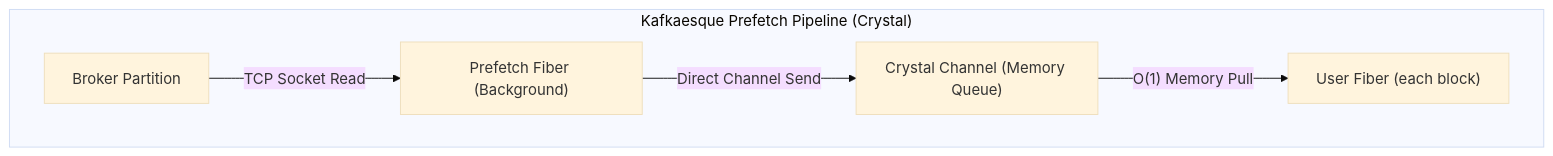
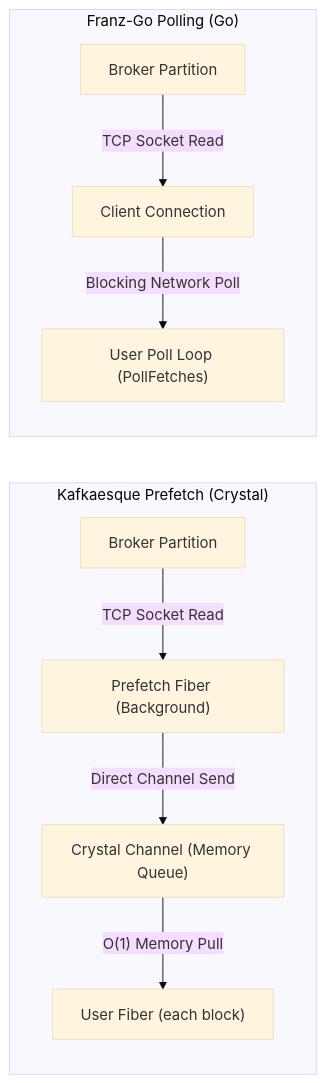
The diagram in readme.md (eltony81/kafkaesque), drawn with Mermaid (base theme) before and after one commit. The commit also changed other lines of this file, not shown here.

Commit message:
docs: align mermaid subgraphs side-by-side with vertical direction TB in readme.md

````diff
--- a/readme.md
+++ b/readme.md
@@ -880,13 +880,15 @@
 ```mermaid
-graph TD
-    subgraph "Kafkaesque Prefetch Pipeline (Crystal)"
-        K_Broker[Broker Partition]
-        K_Prefetch["Prefetch Fiber (Background)"]
-        K_Channel["Crystal Channel (Memory Queue)"]
-        K_User["User Fiber (each block)"]
-        
-        K_Broker -->|TCP Socket Read| K_Prefetch
-        K_Prefetch -->|Direct Channel Send| K_Channel
-        K_Channel -->|"O(1) Memory Pull"| K_User
+graph LR
+    subgraph "Kafkaesque Prefetch (Crystal)"
+        direction TB
+        K_Broker[Broker Partition] -->|TCP Socket Read| K_Prefetch["Prefetch Fiber (Background)"]
+        K_Prefetch -->|Direct Channel Send| K_Channel["Crystal Channel (Memory Queue)"]
+        K_Channel -->|"O(1) Memory Pull"| K_User["User Fiber (each block)"]
+    end
+
+    subgraph "Franz-Go Polling (Go)"
+        direction TB
+        G_Broker[Broker Partition] -->|TCP Socket Read| G_Client[Client Connection]
+        G_Client -->|Blocking Network Poll| G_User["User Poll Loop (PollFetches)"]
     end
 ```
````
